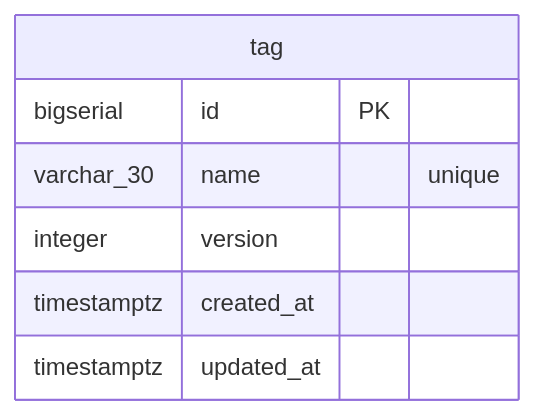
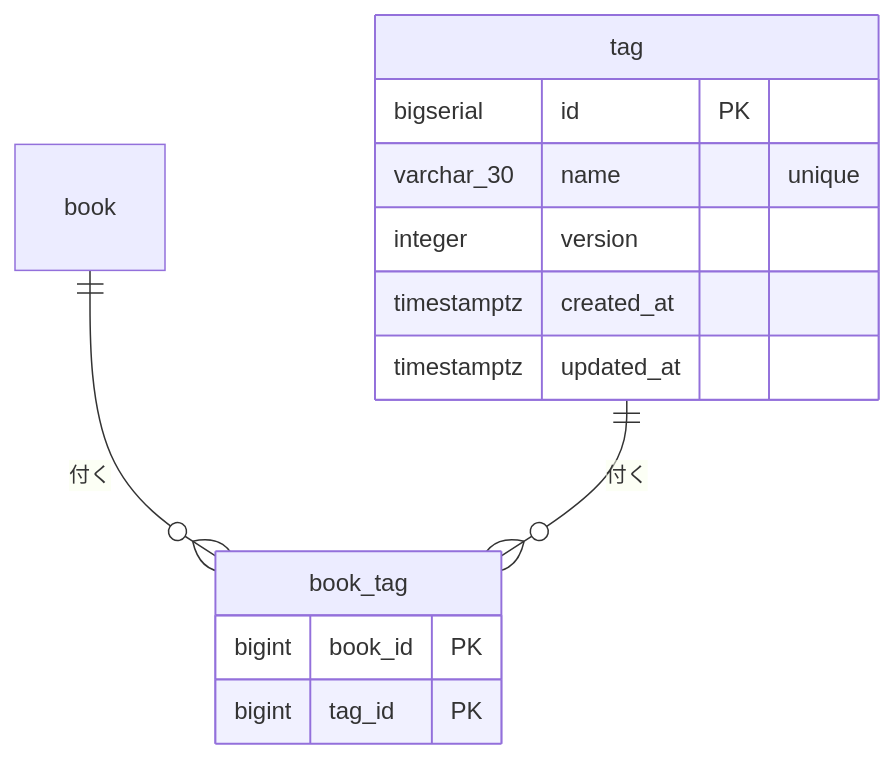
The second of 2 diagrams in docs/db/backend-schema.md (mrstsgk/book-management-system), drawn with Mermaid before and after one commit. The commit also changed other lines of this file and 3 other files, not shown here.

````diff
--- a/docs/db/backend-schema.md
+++ b/docs/db/backend-schema.md
@@ -30,10 +32,16 @@
 ```mermaid
 erDiagram
     tag {
         bigserial id PK
         varchar_30 name "unique"
         integer version
         timestamptz created_at
         timestamptz updated_at
     }
+    book_tag {
+        bigint book_id PK
+        bigint tag_id PK
+    }
+    book ||--o{ book_tag : "付く"
+    tag ||--o{ book_tag : "付く"
 ```
````
